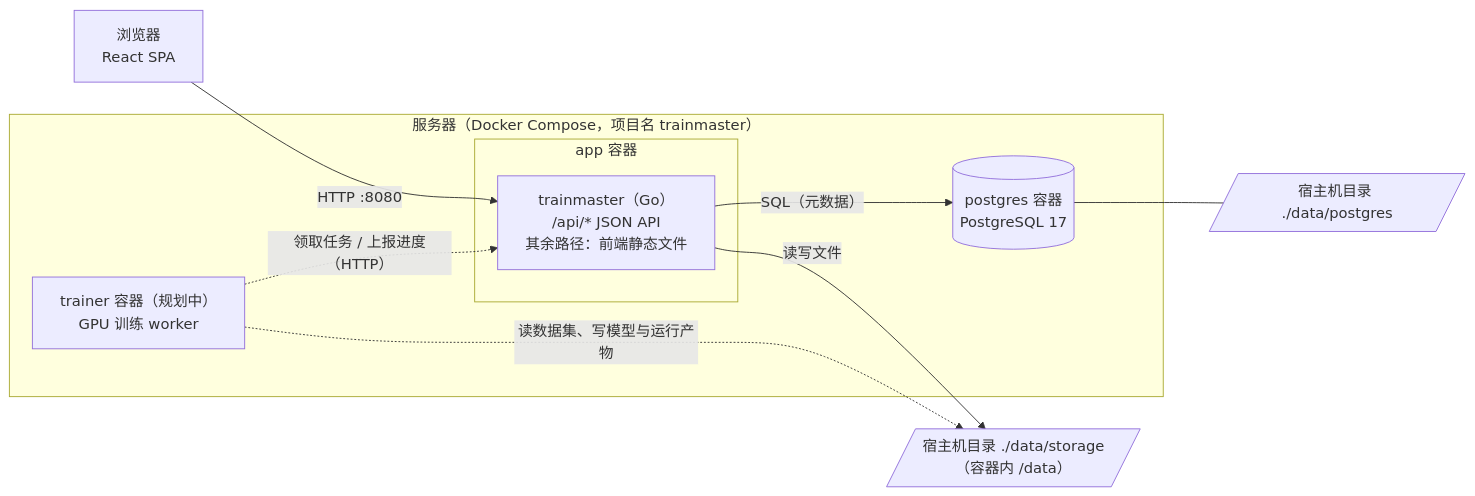
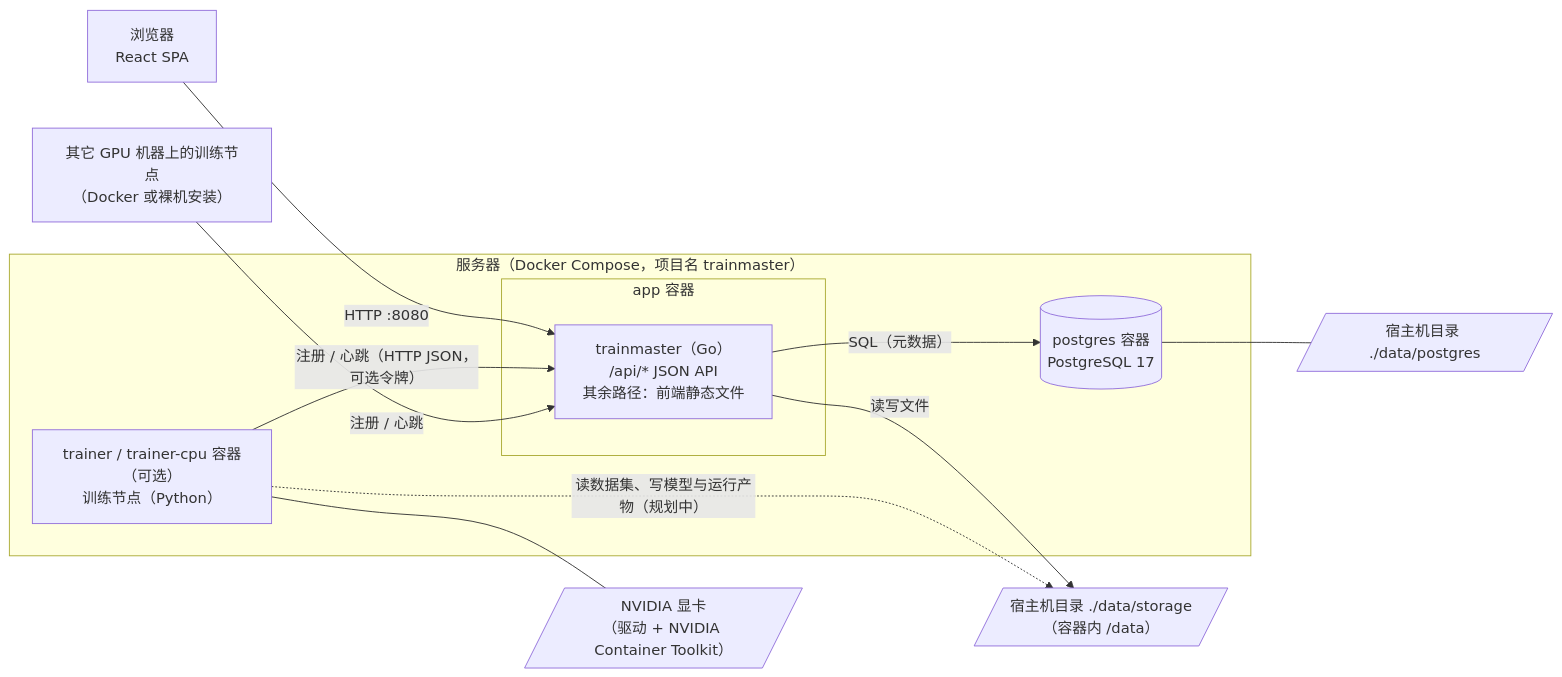
The diagram in docs/architecture.md (icaruszezen/trainMaster), drawn with Mermaid before and after one commit. The commit also changed other lines of this file and 5 other files, not shown here.

````diff
--- a/docs/architecture.md
+++ b/docs/architecture.md
@@ -7,22 +7,26 @@
 ```mermaid
 flowchart LR
     browser["浏览器<br/>React SPA"]
 
     subgraph host["服务器（Docker Compose，项目名 trainmaster）"]
         subgraph app["app 容器"]
             server["trainmaster（Go）<br/>/api/* JSON API<br/>其余路径：前端静态文件"]
         end
         pg[("postgres 容器<br/>PostgreSQL 17")]
-        trainer["trainer 容器（规划中）<br/>GPU 训练 worker"]
+        trainer["trainer / trainer-cpu 容器（可选）<br/>训练节点（Python）"]
     end
 
     storage[/"宿主机目录 ./data/storage<br/>（容器内 /data）"/]
     pgdata[/"宿主机目录 ./data/postgres"/]
+    gpu[/"NVIDIA 显卡<br/>（驱动 + NVIDIA Container Toolkit）"/]
+    remote["其它 GPU 机器上的训练节点<br/>（Docker 或裸机安装）"]
 
     browser -- "HTTP :8080" --> server
     server -- "SQL（元数据）" --> pg
     server -- "读写文件" --> storage
     pg --- pgdata
-    trainer -. "领取任务 / 上报进度（HTTP）" .-> server
-    trainer -. "读数据集、写模型与运行产物" .-> storage
+    trainer -- "注册 / 心跳（HTTP JSON，可选令牌）" --> server
+    remote -- "注册 / 心跳" --> server
+    trainer --- gpu
+    trainer -. "读数据集、写模型与运行产物（规划中）" .-> storage
 ```
````
